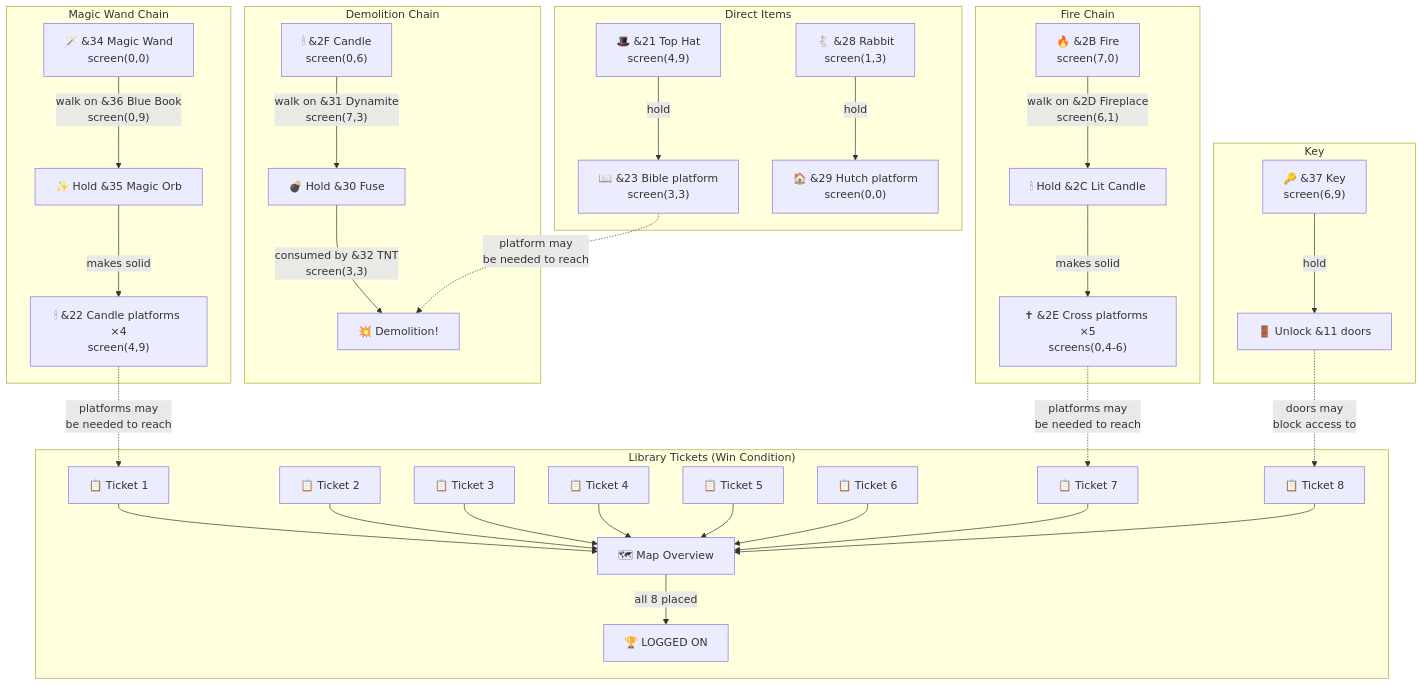
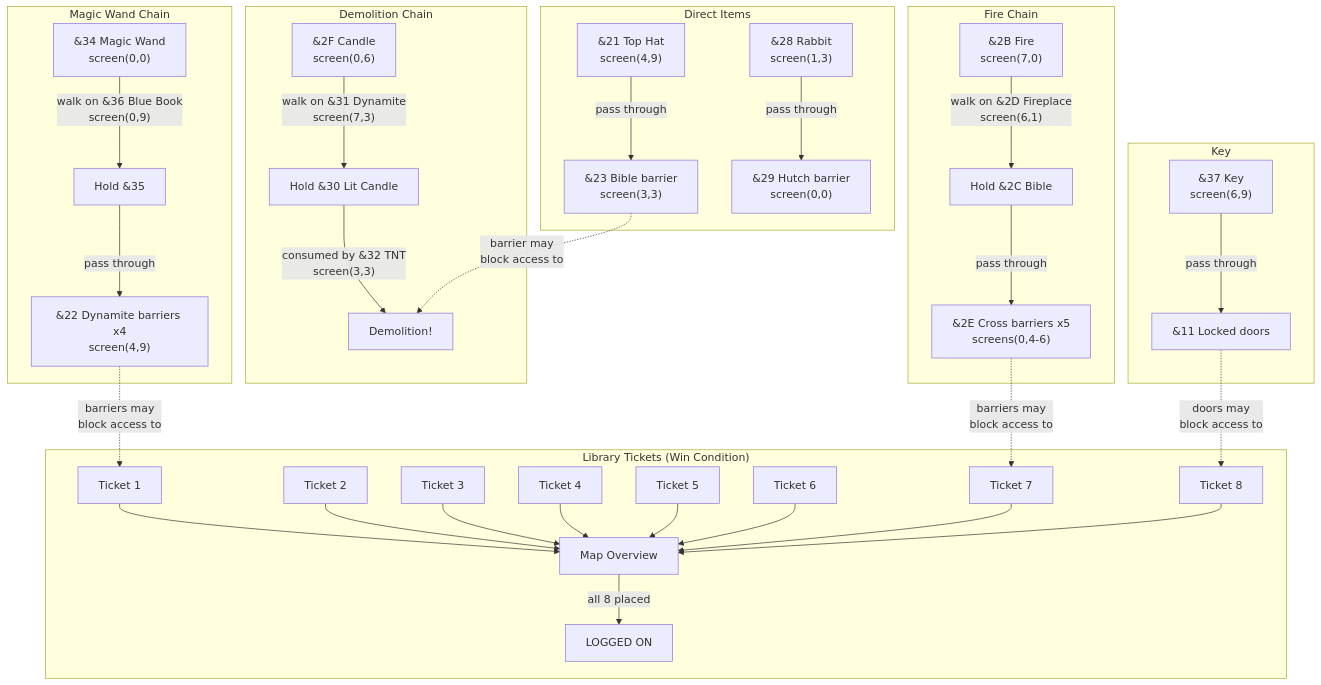
The diagram in LEVEL1_OBJECTS.md (mattgodbolt/frogman), drawn with Mermaid before and after one commit. The commit also changed other lines of this file and 35 other files, not shown here.

````diff
--- a/LEVEL1_OBJECTS.md
+++ b/LEVEL1_OBJECTS.md
@@ -172,50 +156,50 @@
 ```mermaid
 graph TD
     subgraph "Magic Wand Chain"
-        WAND["🪄 &34 Magic Wand<br/>screen(0,0)"]
-        WAND --> |"walk on &36 Blue Book<br/>screen(0,9)"| ORB["✨ Hold &35 Magic Orb"]
-        ORB --> |"makes solid"| CANDLES["🕯 &22 Candle platforms ×4<br/>screen(4,9)"]
+        WAND["&34 Magic Wand<br/>screen(0,0)"]
+        WAND --> |"walk on &36 Blue Book<br/>screen(0,9)"| ORB["Hold &35"]
+        ORB --> |"pass through"| DYNAMITE["&22 Dynamite barriers x4<br/>screen(4,9)"]
     end
 
     subgraph "Fire Chain"
-        FIRE["🔥 &2B Fire<br/>screen(7,0)"]
-        FIRE --> |"walk on &2D Fireplace<br/>screen(6,1)"| LITCANDLE["🕯 Hold &2C Lit Candle"]
-        LITCANDLE --> |"makes solid"| CROSSES["✝ &2E Cross platforms ×5<br/>screens(0,4-6)"]
+        FIRE["&2B Fire<br/>screen(7,0)"]
+        FIRE --> |"walk on &2D Fireplace<br/>screen(6,1)"| BIBLE["Hold &2C Bible"]
+        BIBLE --> |"pass through"| CROSSES["&2E Cross barriers x5<br/>screens(0,4-6)"]
     end
 
     subgraph "Demolition Chain"
-        CANDLE["🕯 &2F Candle<br/>screen(0,6)"]
-        CANDLE --> |"walk on &31 Dynamite<br/>screen(7,3)"| FUSE["💣 Hold &30 Fuse"]
-        FUSE --> |"consumed by &32 TNT<br/>screen(3,3)"| BOOM["💥 Demolition!"]
+        CANDLE["&2F Candle<br/>screen(0,6)"]
+        CANDLE --> |"walk on &31 Dynamite<br/>screen(7,3)"| LITCANDLE["Hold &30 Lit Candle"]
+        LITCANDLE --> |"consumed by &32 TNT<br/>screen(3,3)"| BOOM["Demolition!"]
     end
 
     subgraph "Direct Items"
-        HAT["🎩 &21 Top Hat<br/>screen(4,9)"]
-        HAT --> |"hold"| BIBLE["📖 &23 Bible platform<br/>screen(3,3)"]
+        HAT["&21 Top Hat<br/>screen(4,9)"]
+        HAT --> |"pass through"| BIBLEBARRIER["&23 Bible barrier<br/>screen(3,3)"]
 
-        RABBIT["🐇 &28 Rabbit<br/>screen(1,3)"]
-        RABBIT --> |"hold"| HUTCH["🏠 &29 Hutch platform<br/>screen(0,0)"]
+        RABBIT["&28 Rabbit<br/>screen(1,3)"]
+        RABBIT --> |"pass through"| HUTCH["&29 Hutch barrier<br/>screen(0,0)"]
     end
 
     subgraph "Key"
-        KEY["🔑 &37 Key<br/>screen(6,9)"]
-        KEY --> |"hold"| DOORS["🚪 Unlock &11 doors"]
+        KEY["&37 Key<br/>screen(6,9)"]
+        KEY --> |"pass through"| DOORS["&11 Locked doors"]
     end
 
     subgraph "Library Tickets (Win Condition)"
-        T1["📋 Ticket 1"] --> MAP["🗺 Map Overview"]
-        T2["📋 Ticket 2"] --> MAP
-        T3["📋 Ticket 3"] --> MAP
-        T4["📋 Ticket 4"] --> MAP
-        T5["📋 Ticket 5"] --> MAP
-        T6["📋 Ticket 6"] --> MAP
-        T7["📋 Ticket 7"] --> MAP
-        T8["📋 Ticket 8"] --> MAP
-        MAP --> |"all 8 placed"| WIN["🏆 LOGGED ON"]
+        T1["Ticket 1"] --> MAP["Map Overview"]
+        T2["Ticket 2"] --> MAP
+        T3["Ticket 3"] --> MAP
+        T4["Ticket 4"] --> MAP
+        T5["Ticket 5"] --> MAP
+        T6["Ticket 6"] --> MAP
+        T7["Ticket 7"] --> MAP
+        T8["Ticket 8"] --> MAP
+        MAP --> |"all 8 placed"| WIN["LOGGED ON"]
     end
 
-    CANDLES -.-> |"platforms may<br/>be needed to reach"| T1
-    CROSSES -.-> |"platforms may<br/>be needed to reach"| T7
-    BIBLE -.-> |"platform may<br/>be needed to reach"| BOOM
+    DYNAMITE -.-> |"barriers may<br/>block access to"| T1
+    CROSSES -.-> |"barriers may<br/>block access to"| T7
+    BIBLEBARRIER -.-> |"barrier may<br/>block access to"| BOOM
     DOORS -.-> |"doors may<br/>block access to"| T8
 ```
````
